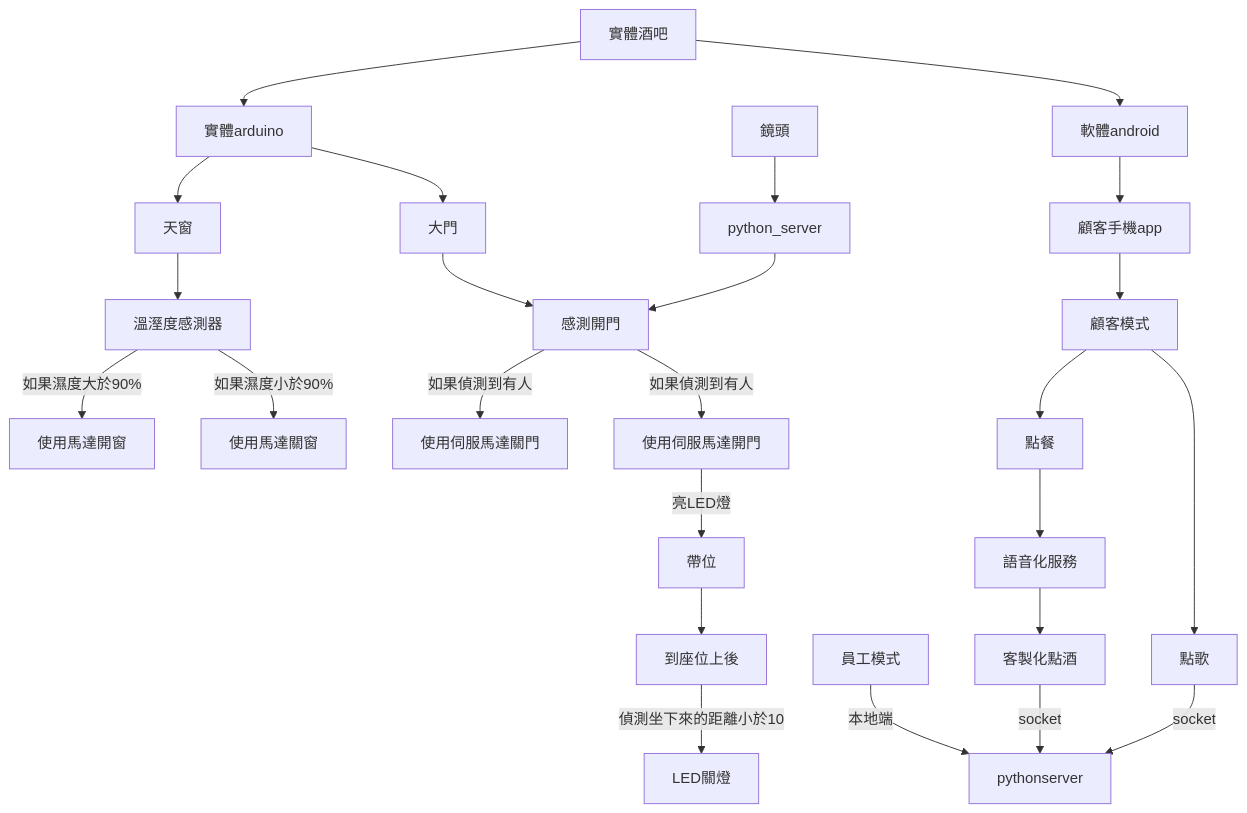
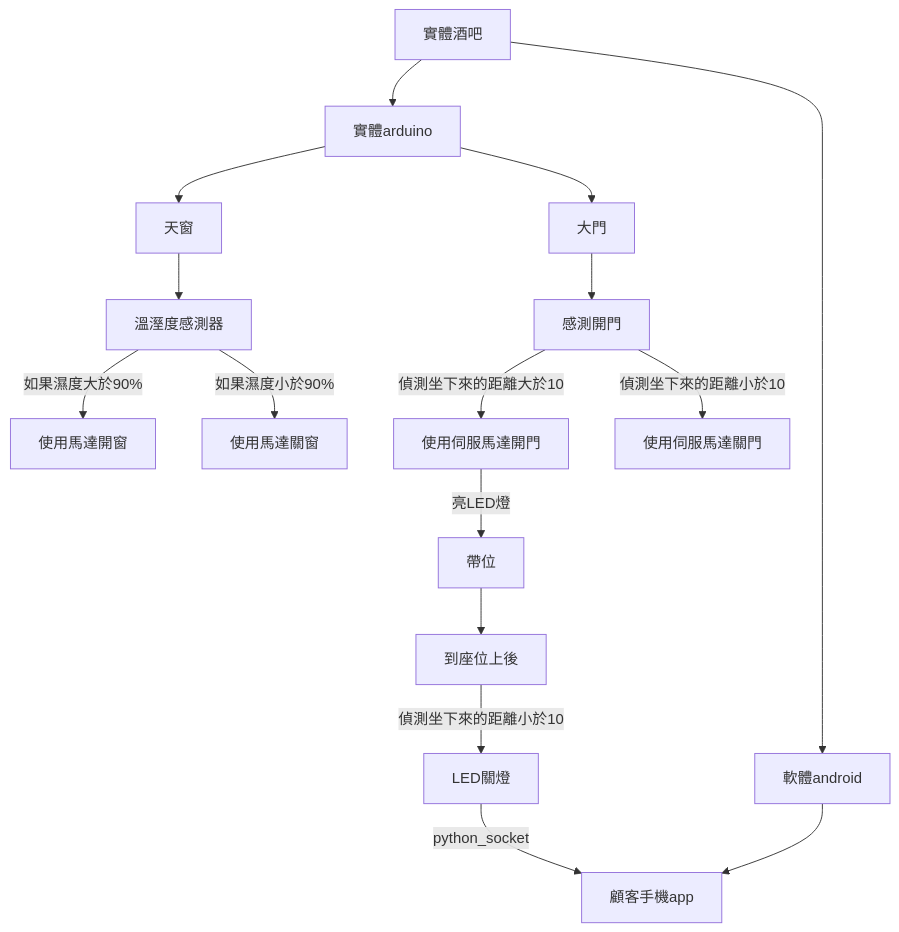
One commit to huskyncu/Bar_Project changed the first of 3 diagrams in README.md. Above: the diagram before and after it, drawn with Mermaid. The commit also changed other lines of this file, not shown here.

````diff
--- a/README.md
+++ b/README.md
@@ -34,19 +36,13 @@
 ```mermaid
 graph TD;
 實體酒吧-->實體arduino;
 實體酒吧-->軟體android;
 實體arduino-->天窗;
 實體arduino-->大門;
-鏡頭-->python_server-->感測開門;
 軟體android-->顧客手機app;
-員工模式;
 天窗-->溫溼度感測器-->|如果濕度大於90%|使用馬達開窗;
 溫溼度感測器-->|如果濕度小於90%|使用馬達關窗;
-感測開門-->|如果偵測到有人|使用伺服馬達關門;
-大門-->感測開門-->|如果偵測到有人|使用伺服馬達開門-->|亮LED燈|帶位;
-帶位-->到座位上後-->|偵測坐下來的距離小於10|LED關燈
-顧客手機app-->顧客模式;
-顧客模式-->點歌-->|socket|pythonserver;
-顧客模式-->點餐-->語音化服務-->客製化點酒-->|socket|pythonserver;
-員工模式-->|本地端|pythonserver;
+大門-->感測開門-->|偵測坐下來的距離大於10|使用伺服馬達開門-->|亮LED燈|帶位;
+帶位-->到座位上後-->|偵測坐下來的距離小於10|LED關燈-->|python_socket|顧客手機app;
+感測開門-->|偵測坐下來的距離小於10|使用伺服馬達關門;
 ```
````
